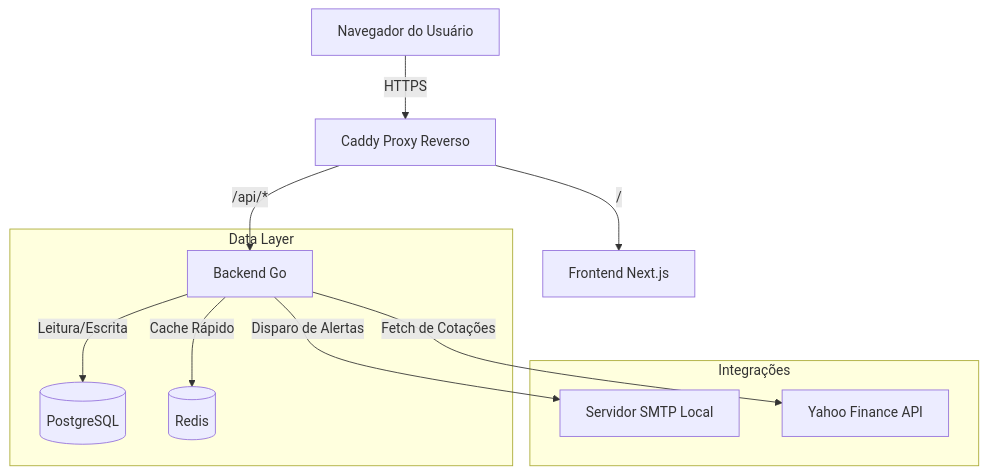
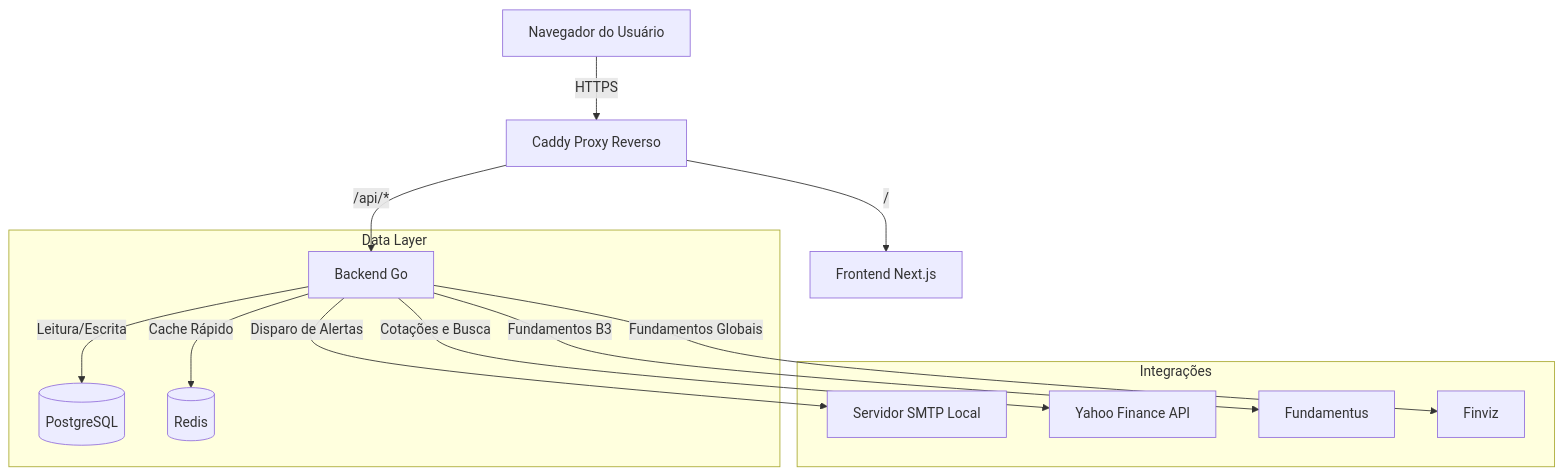
The first of 3 diagrams in README.md (enakamura3/stock-pulse), drawn with Mermaid before and after one commit. The commit also changed other lines of this file, not shown here.

Commit message:
docs: fix inconsistencies in CSV example and diagrams

````diff
--- a/README.md
+++ b/README.md
@@ -106,16 +106,18 @@
 ```mermaid
 graph TD
     Client[Navegador do Usuário] -->|HTTPS| Caddy[Caddy Proxy Reverso]
     Caddy -->|/api/*| GoAPI[Backend Go]
     Caddy -->|/| NextJS[Frontend Next.js]
     
     subgraph Data Layer
         GoAPI -->|Leitura/Escrita| PG[(PostgreSQL)]
         GoAPI -->|Cache Rápido| Redis[(Redis)]
     end
     
     subgraph Integrações
         GoAPI -->|Disparo de Alertas| Mailpit[Servidor SMTP Local]
-        GoAPI -->|Fetch de Cotações| Yahoo[Yahoo Finance API]
+        GoAPI -->|Cotações e Busca| Yahoo[Yahoo Finance API]
+        GoAPI -->|Fundamentos B3| Fundamentus[Fundamentus]
+        GoAPI -->|Fundamentos Globais| Finviz[Finviz]
     end
 ```
````
